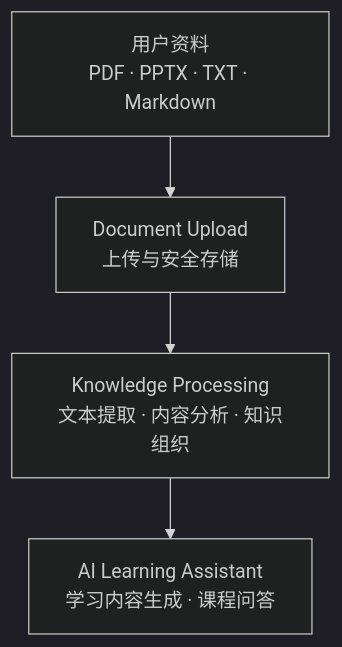
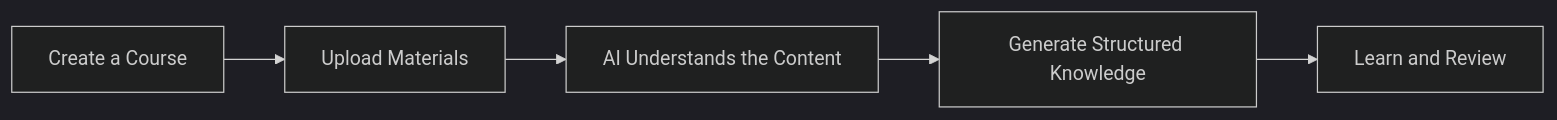
The first of 3 diagrams in README.md (kongqiuran/learning-os), drawn with Mermaid (dark theme) before and after one commit. The commit also changed other lines of this file, not shown here.

Commit message:
docs: refine Learning OS product README

````diff
--- a/README.md
+++ b/README.md
@@ -36,6 +36,7 @@
 ```mermaid
-flowchart TD
-    A["用户资料<br/>PDF · PPTX · TXT · Markdown"] --> B["Document Upload<br/>上传与安全存储"]
-    B --> C["Knowledge Processing<br/>文本提取 · 内容分析 · 知识组织"]
-    C --> D["AI Learning Assistant<br/>学习内容生成 · 课程问答"]
+flowchart LR
+    A["Create a Course"] --> B["Upload Materials"]
+    B --> C["AI Understands the Content"]
+    C --> D["Generate Structured Knowledge"]
+    D --> E["Learn and Review"]
 ```
````
